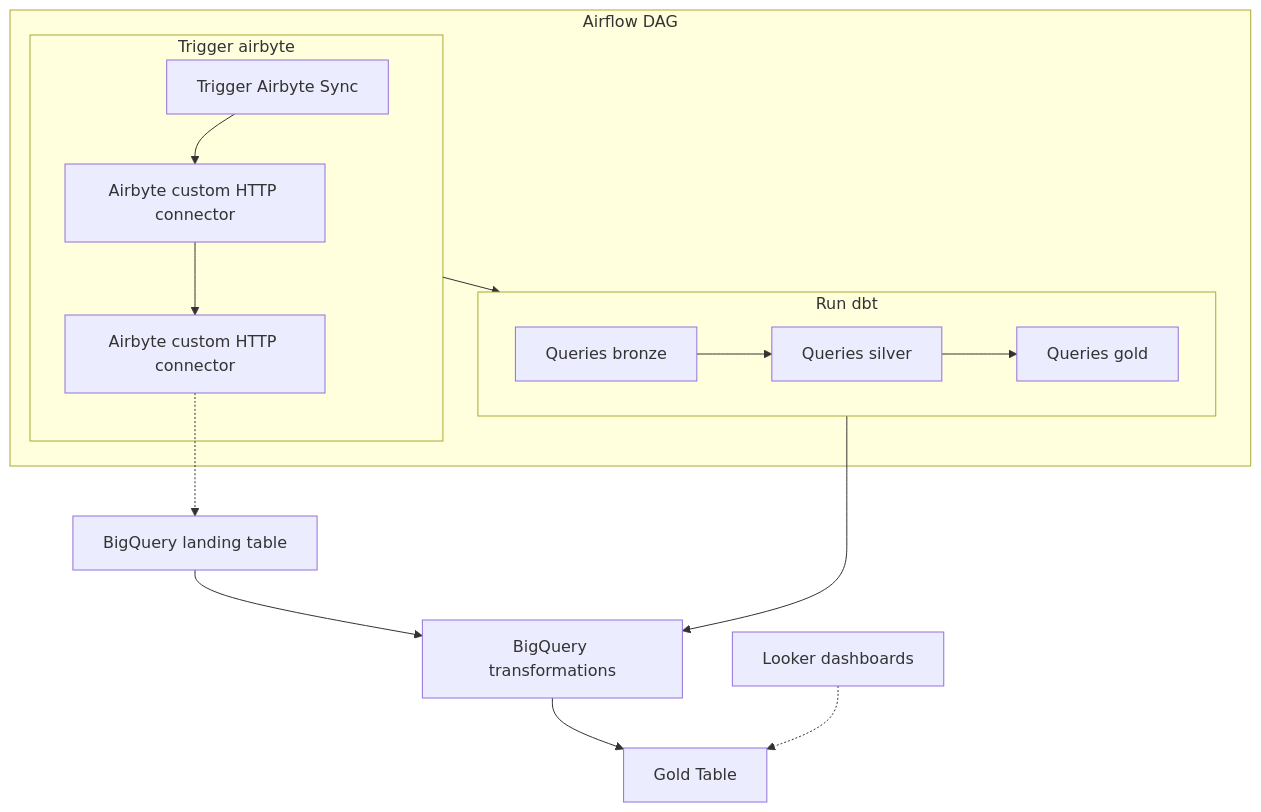
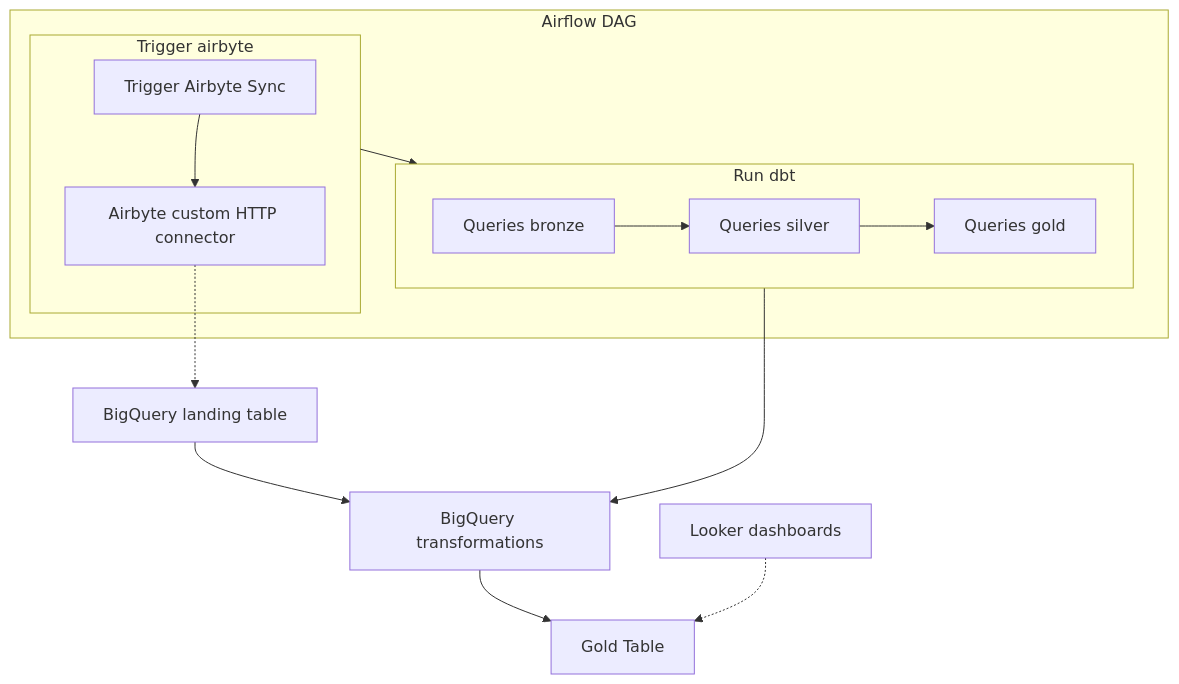
Before and after one commit to HaroldGal/paris-events-watcher: the diagram in README.md, drawn with Mermaid. The commit also changed other lines of this file, not shown here.

Commit message:
[HG] update the README schema

````diff
--- a/README.md
+++ b/README.md
@@ -13,27 +13,26 @@
 ```mermaid
 flowchart TD
     BigQueryLanding[BigQuery landing table]
     Transformations[BigQuery transformations]
     goldTable[Gold Table]
     LookerStudio[Looker dashboards]
 
     subgraph airflowDag["Airflow DAG"]
         subgraph airbyteTrigger["Trigger airbyte"]
 	        A[Trigger Airbyte Sync]
-	        B[Airbyte custom HTTP connector]
 	        C[Airbyte custom HTTP connector]
 	    end    
         subgraph runDbt["Run dbt"]
 	        D[Queries bronze]
 	        E[Queries silver]
 	        F[Queries gold]
 	    end    
     end
 
     airbyteTrigger --> runDbt
-    A --> B --> C -.-> BigQueryLanding
+    A --> C -.-> BigQueryLanding
     D --> E --> F
     runDbt --> Transformations
 	BigQueryLanding --> Transformations --> goldTable
 	LookerStudio -.-> goldTable
 ```
````
